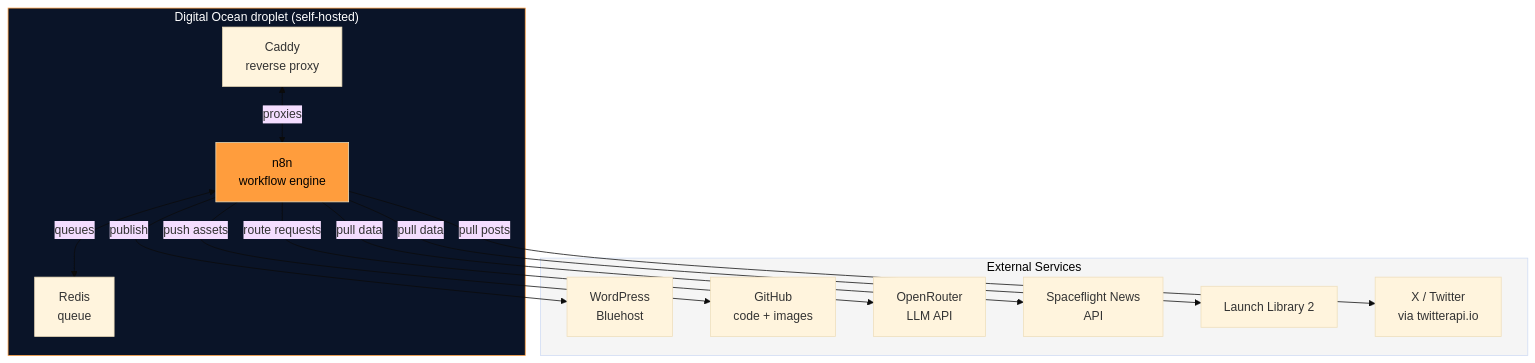
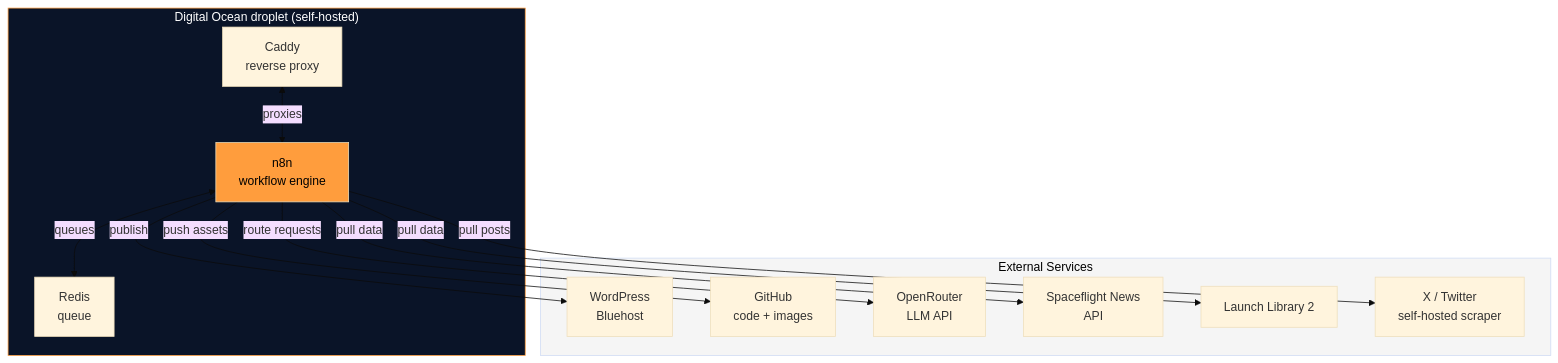
The diagram in docs/technology/infrastructure.md (The-Canadian-Space/tcs-public-wiki), drawn with Mermaid (base theme) before and after one commit. The commit also changed 3 other files, not shown here.

First line of the commit message:
fix(wiki): X data comes from a self-hosted scraper, not twitterapi.io

````diff
--- a/docs/technology/infrastructure.md
+++ b/docs/technology/infrastructure.md
@@ -9,30 +9,30 @@
 ```mermaid
 graph TB
     subgraph DO["Digital Ocean droplet (self-hosted)"]
         N8N["n8n<br/>workflow engine"]
         R["Redis<br/>queue"]
         C["Caddy<br/>reverse proxy"]
         N8N <-->|"queues"| R
         C <-->|"proxies"| N8N
     end
 
     subgraph External["External Services"]
         WP["WordPress<br/>Bluehost"]
         GH["GitHub<br/>code + images"]
         OR["OpenRouter<br/>LLM API"]
         SNAPI["Spaceflight News<br/>API"]
         LL2["Launch Library 2"]
-        X["X / Twitter<br/>via twitterapi.io"]
+        X["X / Twitter<br/>self-hosted scraper"]
     end
 
     N8N -->|"publish"| WP
     N8N -->|"route requests"| OR
     N8N -->|"pull data"| SNAPI
     N8N -->|"pull data"| LL2
     N8N -->|"pull posts"| X
     N8N -->|"push assets"| GH
 
     style DO fill:#0A1428,color:#fff,stroke:#FF9D3D
     style External fill:#f5f5f5,color:#000
     style N8N fill:#FF9D3D,color:#000
 ```
````
